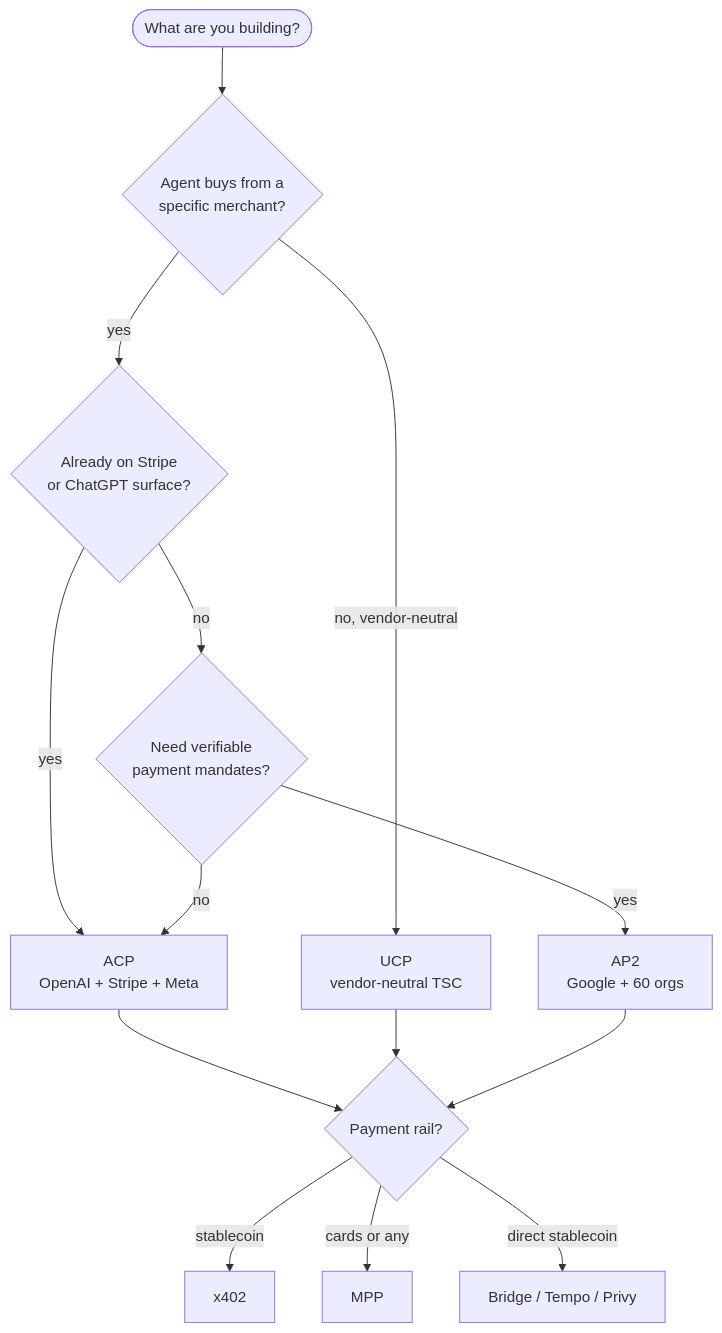
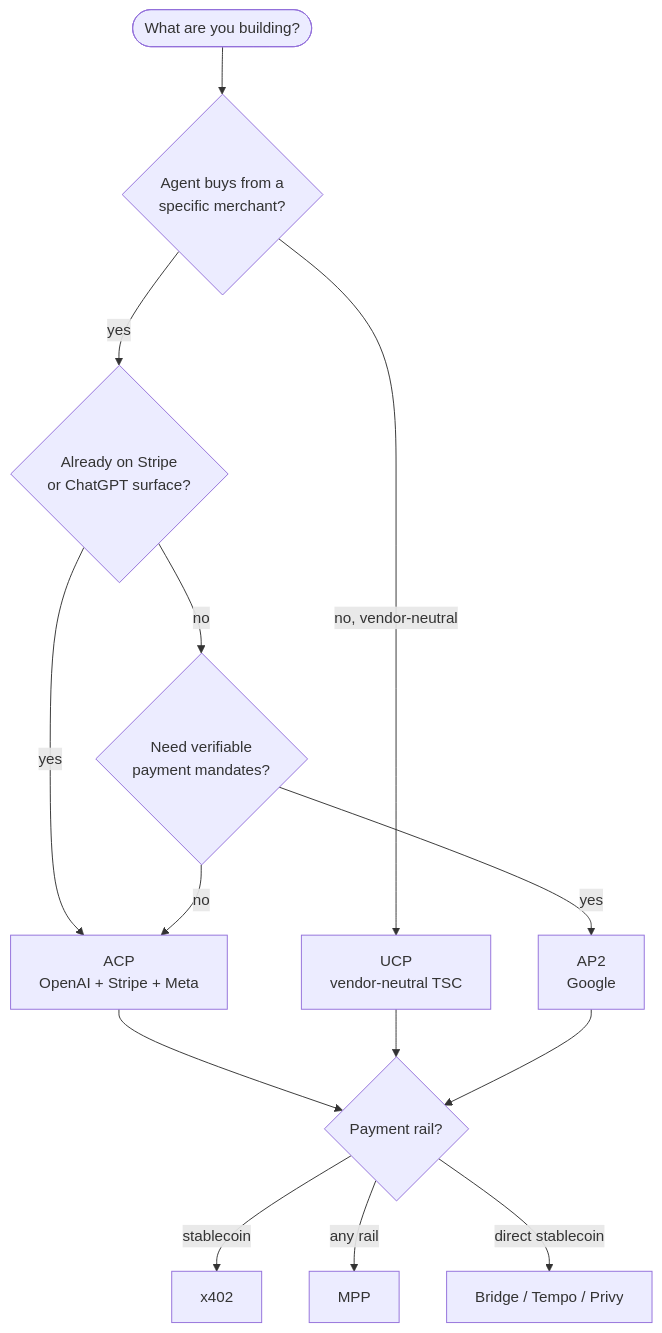
Before and after one commit to xpaysh/awesome-agentic-commerce: the diagram in README.md, drawn with Mermaid. The commit also changed other lines of this file and 1 other file, not shown here.

````diff
--- a/README.md
+++ b/README.md
@@ -37,18 +65,18 @@
 ```mermaid
 flowchart TD
     Start([What are you building?])
     Start --> Q1{Agent buys from a<br/>specific merchant?}
     Q1 -- yes --> Q2{Already on Stripe<br/>or ChatGPT surface?}
     Q1 -- no, vendor-neutral --> UCP
     Q2 -- yes --> ACP[ACP<br/>OpenAI + Stripe + Meta]
     Q2 -- no --> Q3{Need verifiable<br/>payment mandates?}
-    Q3 -- yes --> AP2[AP2<br/>Google + 60 orgs]
+    Q3 -- yes --> AP2[AP2<br/>Google]
     Q3 -- no --> ACP
     UCP[UCP<br/>vendor-neutral TSC]
     ACP --> Rail{Payment rail?}
     UCP --> Rail
     AP2 --> Rail
     Rail -- stablecoin --> X402[x402]
-    Rail -- cards or any --> MPP[MPP]
+    Rail -- any rail --> MPP[MPP]
     Rail -- direct stablecoin --> Bridge[Bridge / Tempo / Privy]
 ```
````
